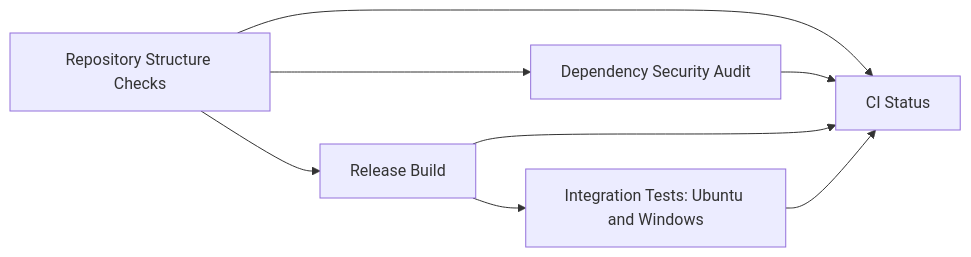
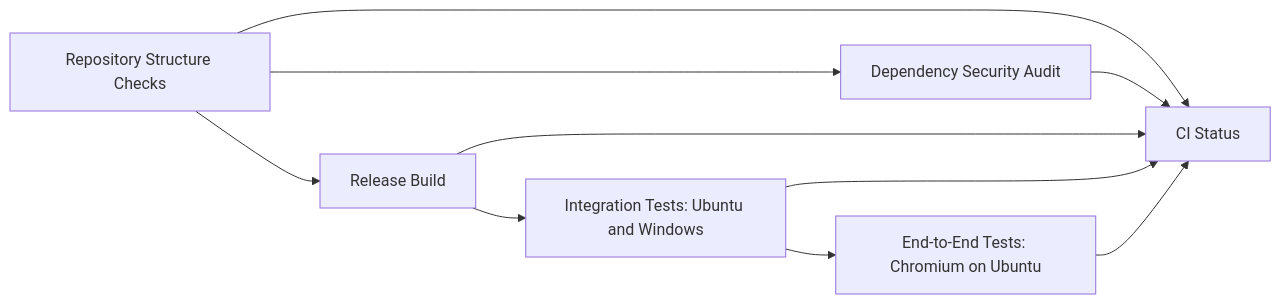
Before and after one commit to AdityaJadhav17/Stockroom: the diagram in docs/development.md, drawn with Mermaid. The commit also changed other lines of this file and 16 other files, not shown here.

````diff
--- a/docs/development.md
+++ b/docs/development.md
@@ -97,10 +99,12 @@
 ```mermaid
 flowchart LR
     repository[Repository Structure Checks] --> audit[Dependency Security Audit]
     repository --> build[Release Build]
     build --> tests[Integration Tests: Ubuntu and Windows]
+    tests --> e2e[End-to-End Tests: Chromium on Ubuntu]
     repository --> status[CI Status]
     audit --> status
     build --> status
     tests --> status
+    e2e --> status
 ```
````
